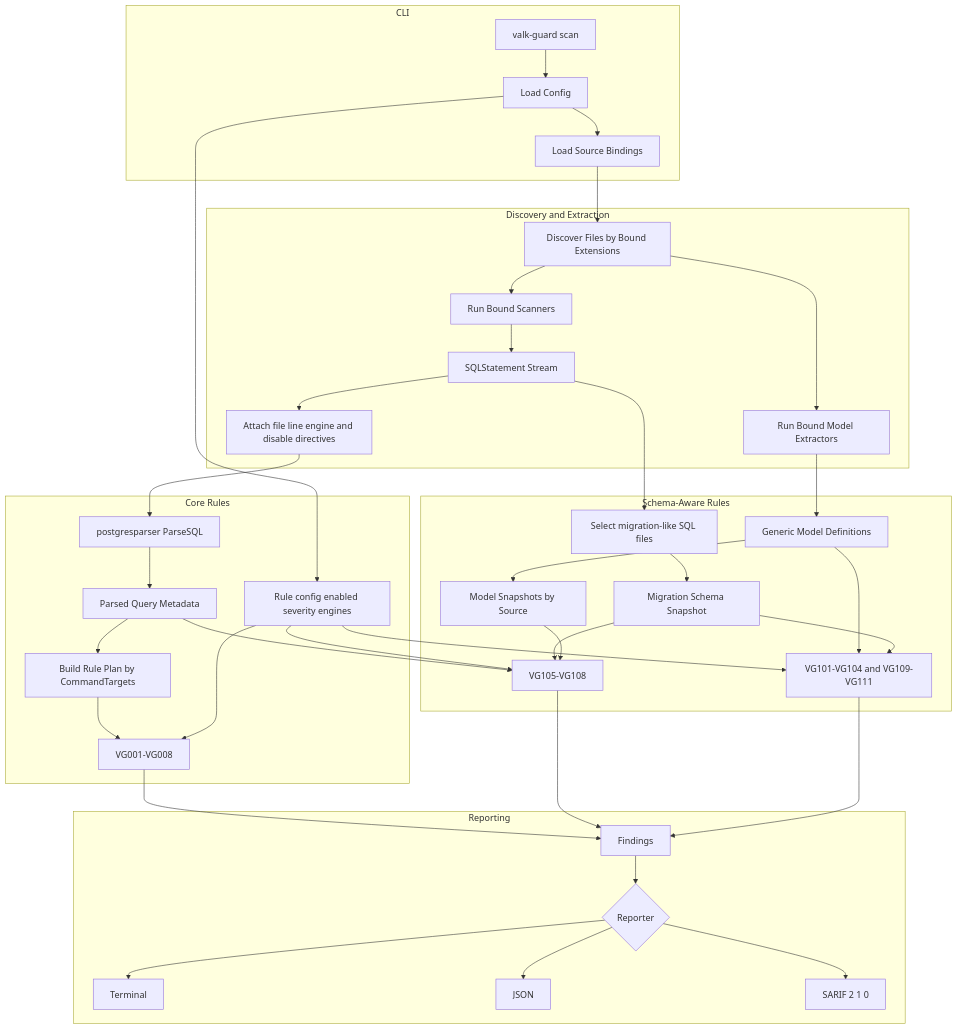
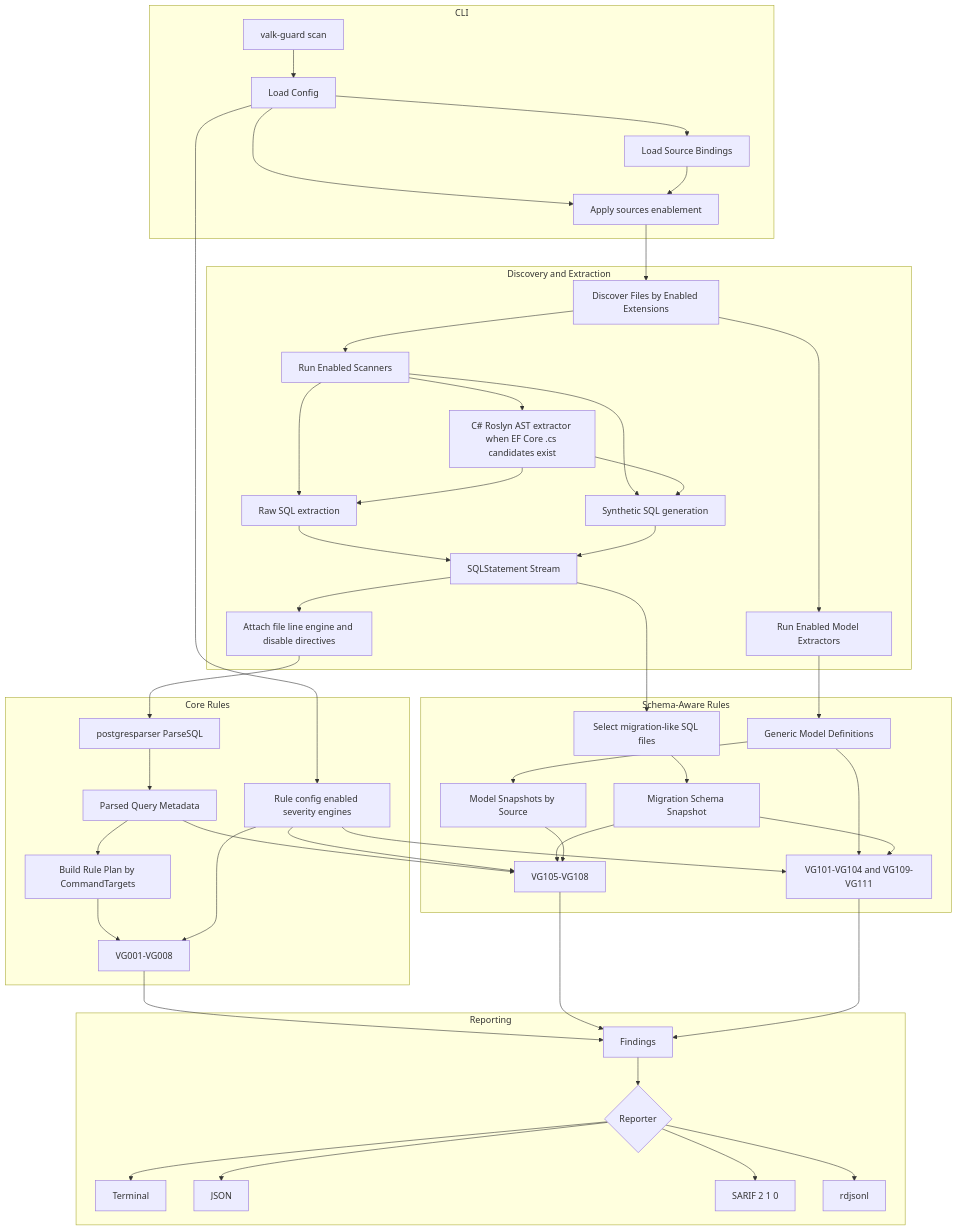
One commit to ValkDB/valk-guard changed the diagram in docs/architecture.mermaid. Above: the diagram before and after it, drawn with Mermaid. The commit also changed 41 other files, not shown here.

First line of the commit message:
feat: add C# EF Core raw SQL scanner (#18)

```diff
--- a/docs/architecture.mermaid
+++ b/docs/architecture.mermaid
@@ -1,46 +1,55 @@
 graph TD
     subgraph "CLI"
         CLI_CMD[valk-guard scan] --> CFG[Load Config]
         CFG --> BIND[Load Source Bindings]
+        CFG --> SRCFILTER[Apply sources enablement]
+        BIND --> SRCFILTER
     end
 
     subgraph "Discovery and Extraction"
-        BIND --> DISCOVER[Discover Files by Bound Extensions]
-        DISCOVER --> SCANNERS[Run Bound Scanners]
-        DISCOVER --> EXTRACTORS[Run Bound Model Extractors]
-        SCANNERS --> STMTS[SQLStatement Stream]
+        SRCFILTER --> DISCOVER[Discover Files by Enabled Extensions]
+        DISCOVER --> SCANNERS[Run Enabled Scanners]
+        DISCOVER --> EXTRACTORS[Run Enabled Model Extractors]
+        SCANNERS --> RAW[Raw SQL extraction]
+        SCANNERS --> SYNTH[Synthetic SQL generation]
+        SCANNERS --> ROSLYN[C# Roslyn AST extractor when EF Core .cs candidates exist]
+        ROSLYN --> RAW
+        ROSLYN --> SYNTH
+        RAW --> STMTS[SQLStatement Stream]
+        SYNTH --> STMTS
         STMTS --> META[Attach file line engine and disable directives]
     end
 
     subgraph "Core Rules"
         META --> PARSER[postgresparser ParseSQL]
         PARSER --> AST[Parsed Query Metadata]
         AST --> PLAN[Build Rule Plan by CommandTargets]
         CFG --> RULECFG[Rule config enabled severity engines]
         PLAN --> CORE[VG001-VG008]
         RULECFG --> CORE
     end
 
     subgraph "Schema-Aware Rules"
         STMTS --> MIGSEL[Select migration-like SQL files]
         MIGSEL --> MIGSNAP[Migration Schema Snapshot]
         EXTRACTORS --> MODELDEFS[Generic Model Definitions]
         MODELDEFS --> MODELSNAP[Model Snapshots by Source]
         AST --> QUERYSCHEMA[VG105-VG108]
         RULECFG --> QUERYSCHEMA
         MIGSNAP --> QUERYSCHEMA
         MODELSNAP --> QUERYSCHEMA
         MODELDEFS --> SCHEMADRIFT[VG101-VG104 and VG109-VG111]
         RULECFG --> SCHEMADRIFT
         MIGSNAP --> SCHEMADRIFT
     end
 
     subgraph "Reporting"
         CORE --> FINDINGS[Findings]
         QUERYSCHEMA --> FINDINGS
         SCHEMADRIFT --> FINDINGS
         FINDINGS --> REPORT{Reporter}
         REPORT --> TERM[Terminal]
         REPORT --> JSON[JSON]
         REPORT --> SARIF[SARIF 2 1 0]
+        REPORT --> RDJSONL[rdjsonl]
     end
```
